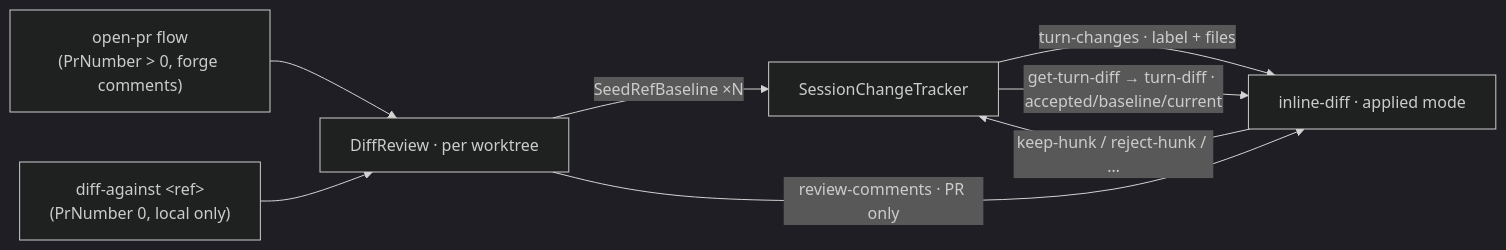
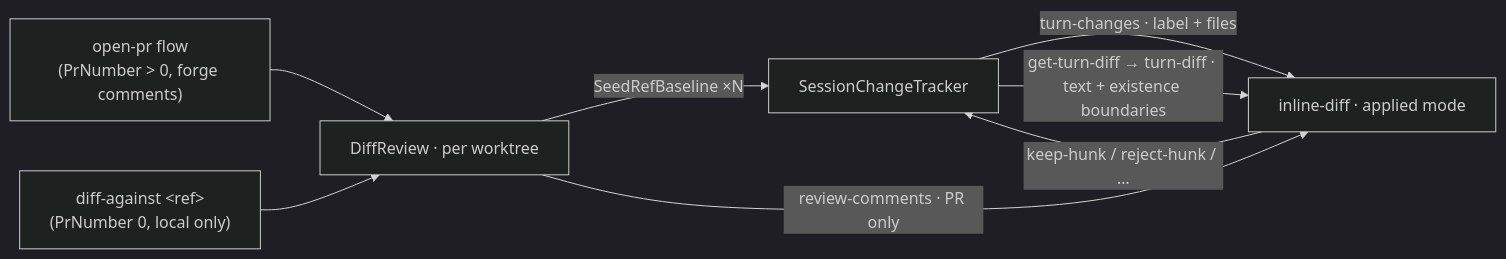
The diagram in docs/specs/diff-against.md (Kapps/weavie), drawn with Mermaid (dark theme) before and after one commit. The commit also changed other lines of this file and 24 other files, not shown here.

````diff
--- a/docs/specs/diff-against.md
+++ b/docs/specs/diff-against.md
@@ -61,10 +63,10 @@
 ```mermaid
 flowchart LR
   PR["open-pr flow<br/>(PrNumber > 0, forge comments)"] --> R[DiffReview · per worktree]
   DA["diff-against &lt;ref&gt;<br/>(PrNumber 0, local only)"] --> R
   R -->|SeedRefBaseline ×N| T[SessionChangeTracker]
   T -->|turn-changes · label + files| Web[inline-diff · applied mode]
-  T -->|get-turn-diff → turn-diff · accepted/baseline/current| Web
+  T -->|get-turn-diff → turn-diff · text + existence boundaries| Web
   R -->|review-comments · PR only| Web
   Web -->|keep-hunk / reject-hunk / … | T
 ```
````
